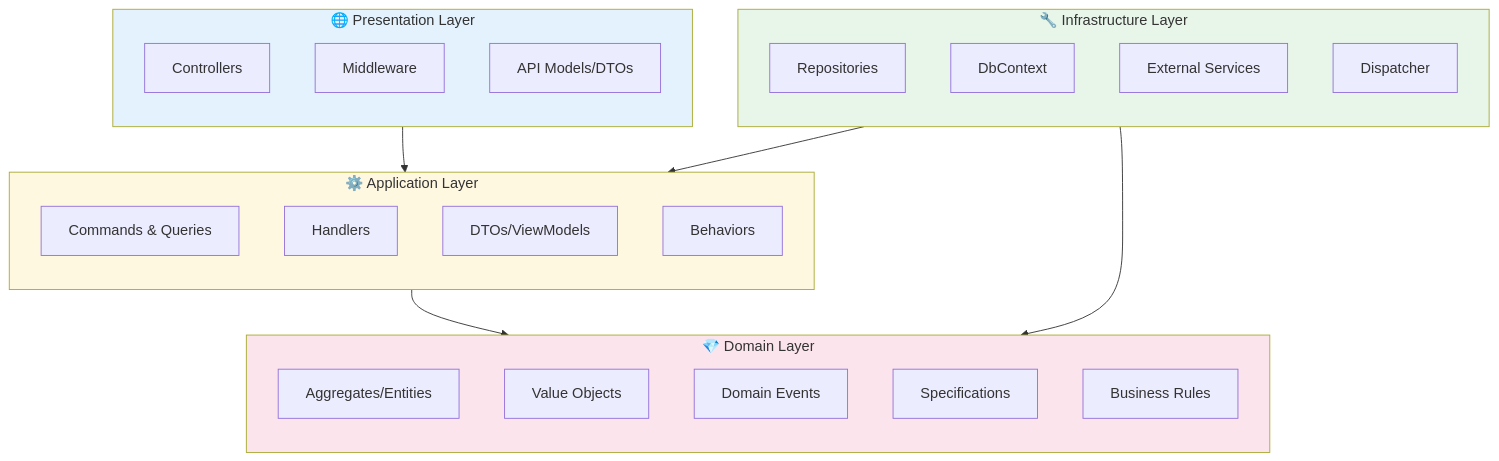
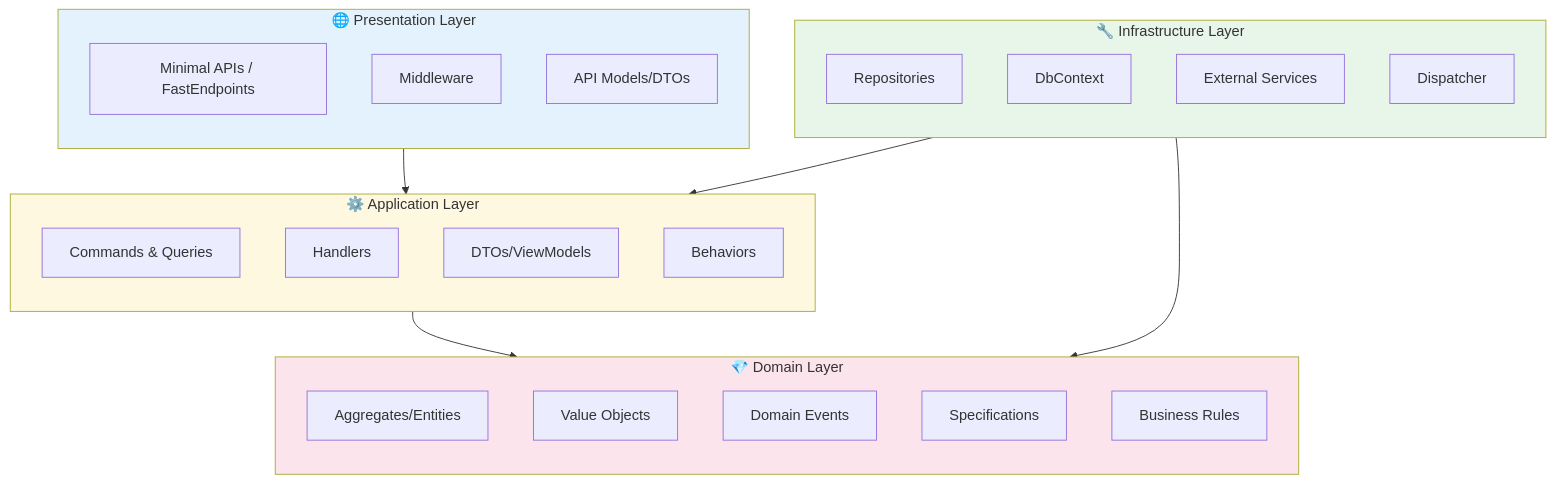
The first of 3 diagrams in docs/architecture/layers.md (PhoenixWyllow/LunaArch), drawn with Mermaid before and after one commit. The commit also changed other lines of this file and 13 other files, not shown here.

````diff
--- a/docs/architecture/layers.md
+++ b/docs/architecture/layers.md
@@ -7,44 +7,44 @@
 ```mermaid
 graph TB
     subgraph Presentation["🌐 Presentation Layer"]
         direction TB
-        P1[Controllers]
+        P1[Minimal APIs / FastEndpoints]
         P2[Middleware]
         P3[API Models/DTOs]
     end
 
     subgraph Application["⚙️ Application Layer"]
         direction TB
         A1[Commands & Queries]
         A2[Handlers]
         A3[DTOs/ViewModels]
         A4[Behaviors]
     end
 
     subgraph Domain["💎 Domain Layer"]
         direction TB
         D1[Aggregates/Entities]
         D2[Value Objects]
         D3[Domain Events]
         D4[Specifications]
         D5[Business Rules]
     end
 
     subgraph Infrastructure["🔧 Infrastructure Layer"]
         direction TB
         I1[Repositories]
         I2[DbContext]
         I3[External Services]
         I4[Dispatcher]
     end
 
     Presentation --> Application
     Application --> Domain
     Infrastructure --> Application
     Infrastructure --> Domain
 
     style Presentation fill:#e3f2fd
     style Application fill:#fff8e1
     style Domain fill:#fce4ec
     style Infrastructure fill:#e8f5e9
 ```
````
